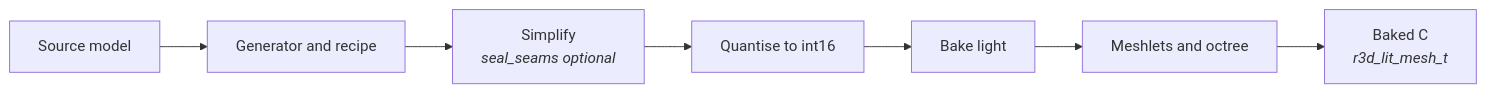
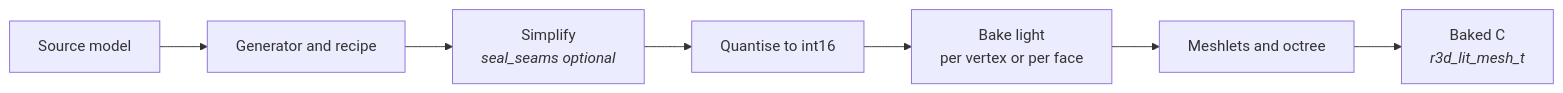
One commit to jose-villegas/autana changed the first of 2 diagrams in docs/Mesh-Import.md. Above: the diagram before and after it, drawn with Mermaid. The commit also changed 12 other files, not shown here.

````diff
--- a/docs/Mesh-Import.md
+++ b/docs/Mesh-Import.md
@@ -7,9 +7,9 @@
 ```mermaid
 flowchart LR
     Source[Source model] --> Gen[Generator and recipe]
     Gen --> Simp["Simplify<br/><i>seal_seams optional</i>"]
     Simp --> Quant[Quantise to int16]
-    Quant --> Light[Bake light]
+    Quant --> Light["Bake light<br/>per vertex or per face"]
     Light --> Meshlets[Meshlets and octree]
     Meshlets --> C["Baked C<br/><i>r3d_lit_mesh_t</i>"]
 ```
````
